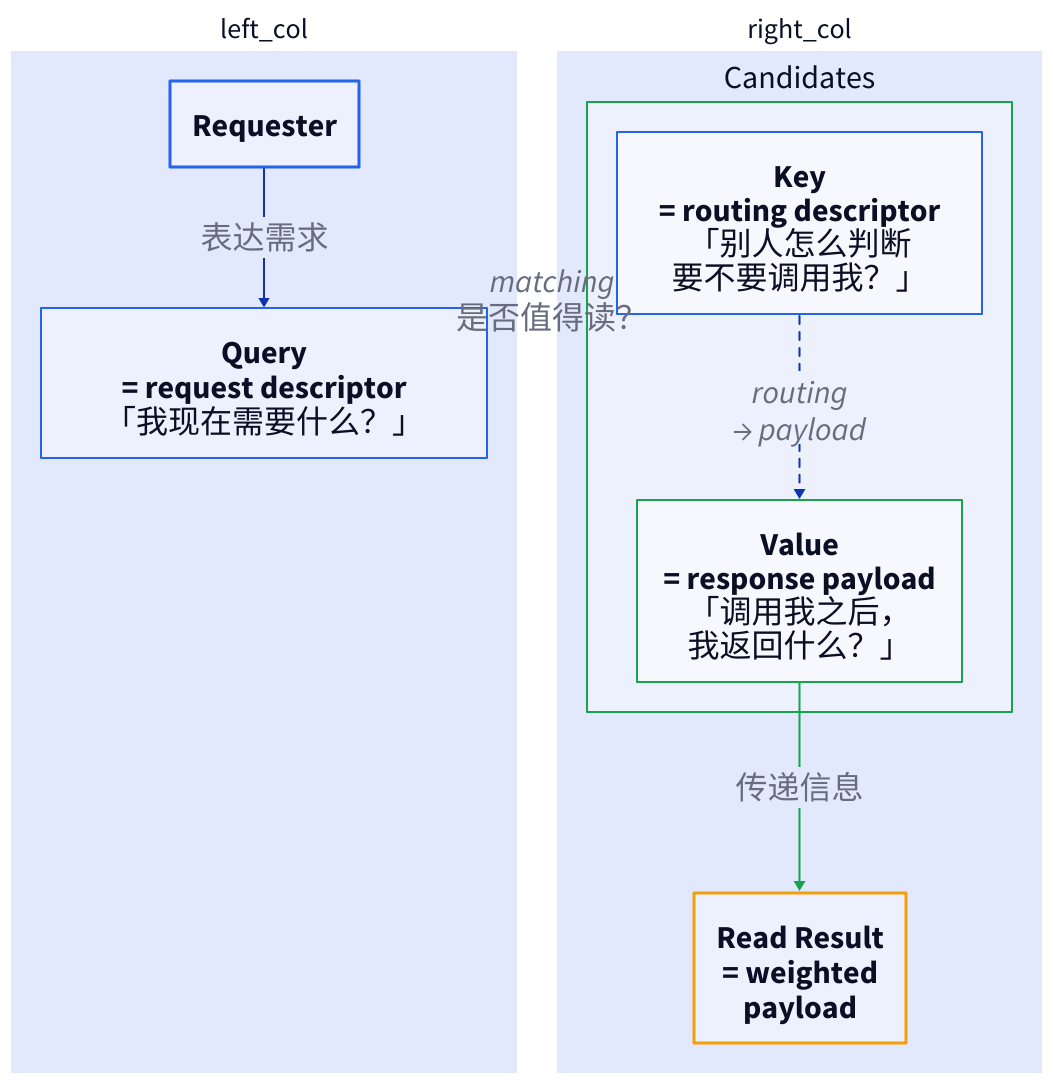
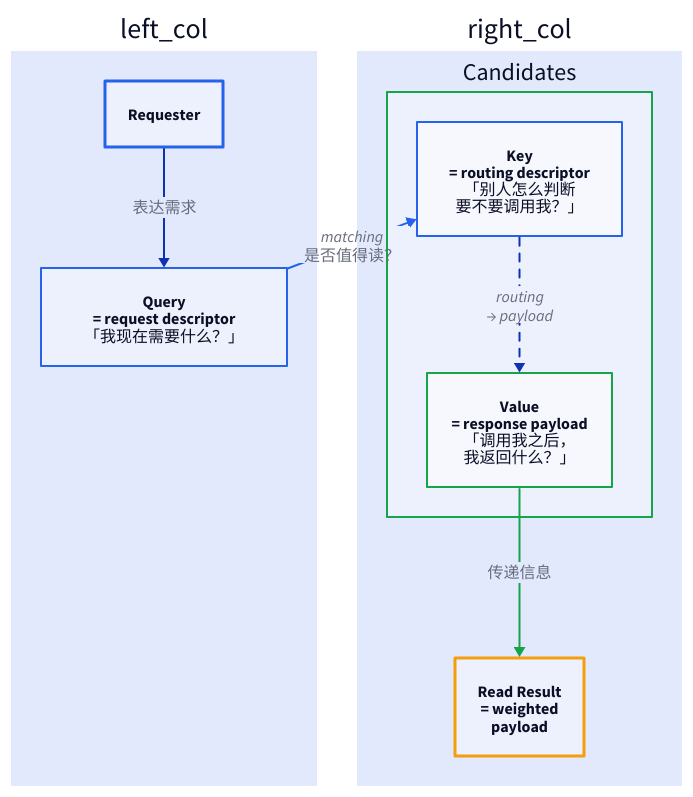
Before and after one commit to 111qqz/111qqz.github.io: the diagram in images/single-head-attention-qkv/dynamic-read-roles.d2, drawn with D2. The commit also changed 4262 other files, not shown here.

Commit message:
fix: 修复 D2 配图显示尺寸过大问题并优化文章图表布局 111qqz/hugo-blog@676d4325cba7819ac391c37e539dd3b8ec0dd11f

```diff
--- a/images/single-head-attention-qkv/dynamic-read-roles.d2
+++ b/images/single-head-attention-qkv/dynamic-read-roles.d2
@@ -1,66 +1,51 @@
-classes: {
-  big_text: { style: { font-size: 32 } }
-}
-
 grid-columns: 2
 style.stroke: transparent
 
 left_col: {
   style.stroke: transparent
   direction: down
   requester: "Requester" {
-    class: big_text
     style.bold: true
     style.stroke: "#2563eb"
     style.stroke-width: 3
   }
 
   query: "Query\n= request descriptor\n「我现在需要什么？」" {
-    class: big_text
     style.stroke: "#2563eb"
     style.stroke-width: 2
   }
-  requester -> query: "表达需求" {
-    style.font-size: 32
-  }
+  requester -> query: "表达需求"
 }
 
 right_col: {
   style.stroke: transparent
   direction: down
   candidates: "Candidates" {
-    class: big_text
     style.stroke: "#16a34a"
     style.stroke-width: 2
 
     key: "Key\n= routing descriptor\n「别人怎么判断\n要不要调用我？」" {
-      class: big_text
       style.stroke: "#2563eb"
     }
 
     value: "Value\n= response payload\n「调用我之后，\n我返回什么？」" {
-      class: big_text
       style.stroke: "#16a34a"
     }
     key -> value: "routing\n→ payload" {
-      style.font-size: 32
       style.stroke-dash: 4
     }
   }
 
   result: "Read Result\n= weighted\npayload" {
-    class: big_text
     style.bold: true
     style.stroke: "#f59e0b"
     style.stroke-width: 3
   }
   candidates.value -> result: "传递信息" {
-    style.font-size: 32
     style.stroke: "#16a34a"
   }
 }
 
 left_col.query -> right_col.candidates.key: "matching\n是否值得读？" {
-  style.font-size: 32
   style.stroke: "#2563eb"
 }
```
